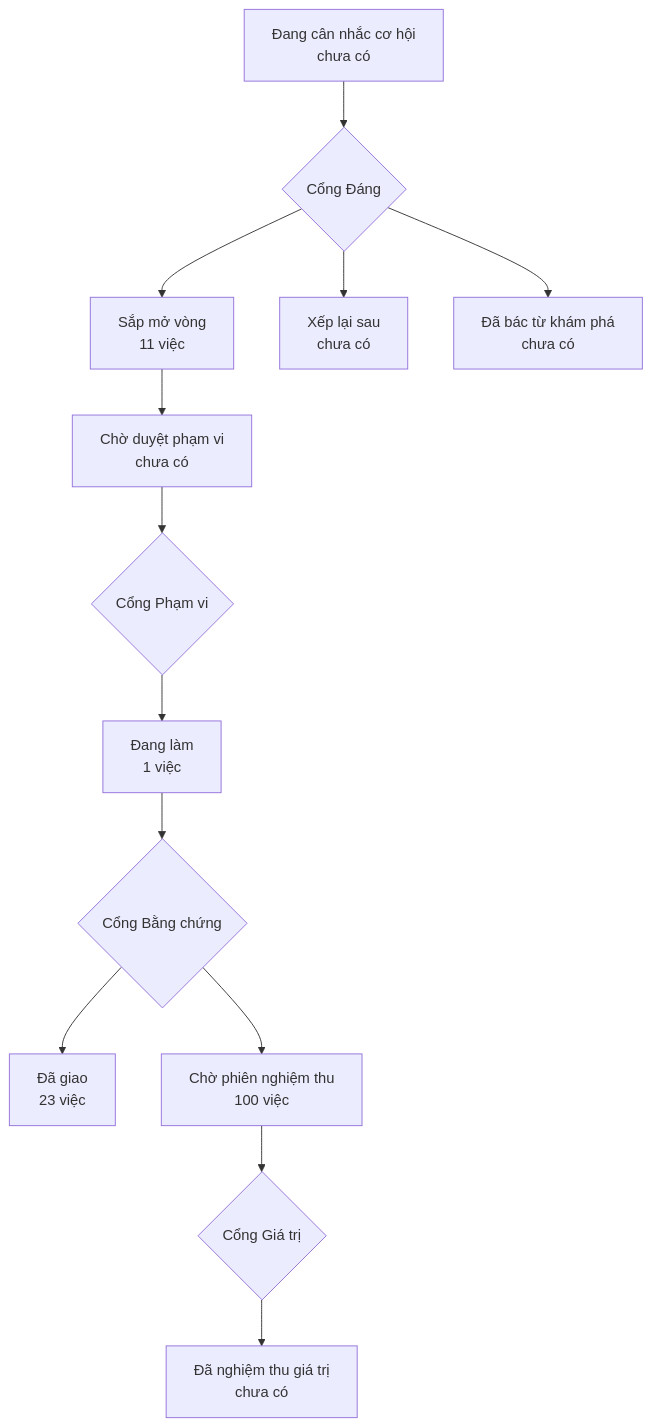
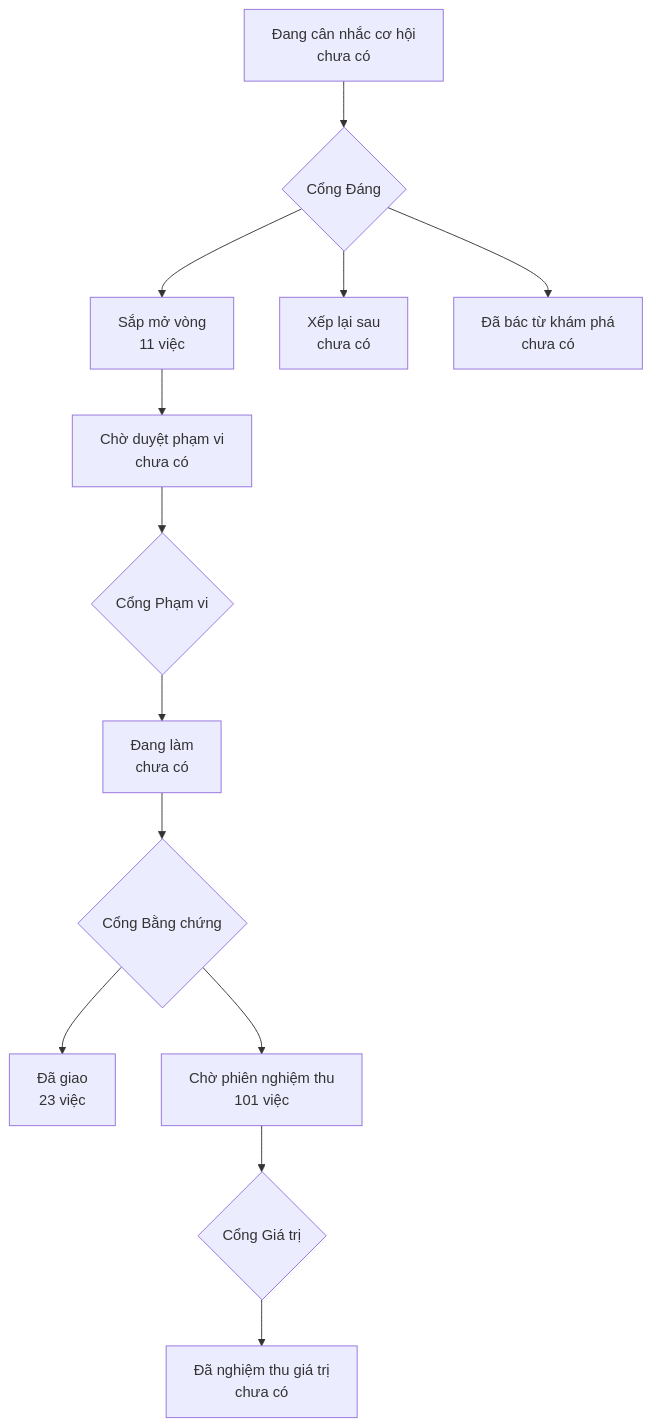
One commit to phanlemanh/onehub-quy-hang changed the diagram in PRODUCT-MAP.md. Above: the diagram before and after it, drawn with Mermaid. The commit also changed other lines of this file and 8 other files, not shown here.

````diff
--- a/PRODUCT-MAP.md
+++ b/PRODUCT-MAP.md
@@ -7,12 +7,12 @@
 ```mermaid
 flowchart TD
   A["Đang cân nhắc cơ hội<br/>chưa có"] --> GD{"Cổng Đáng"}
   GD --> B["Sắp mở vòng<br/>11 việc"]
   GD --> XL["Xếp lại sau<br/>chưa có"]
   GD --> DB["Đã bác từ khám phá<br/>chưa có"]
   B --> CD["Chờ duyệt phạm vi<br/>chưa có"] --> GP{"Cổng Phạm vi"}
-  GP --> DL["Đang làm<br/>1 việc"] --> GB{"Cổng Bằng chứng"}
+  GP --> DL["Đang làm<br/>chưa có"] --> GB{"Cổng Bằng chứng"}
   GB --> DG["Đã giao<br/>23 việc"]
-  GB --> CN["Chờ phiên nghiệm thu<br/>100 việc"] --> GG{"Cổng Giá trị"}
+  GB --> CN["Chờ phiên nghiệm thu<br/>101 việc"] --> GG{"Cổng Giá trị"}
   GG --> NT["Đã nghiệm thu giá trị<br/>chưa có"]
 ```
````
